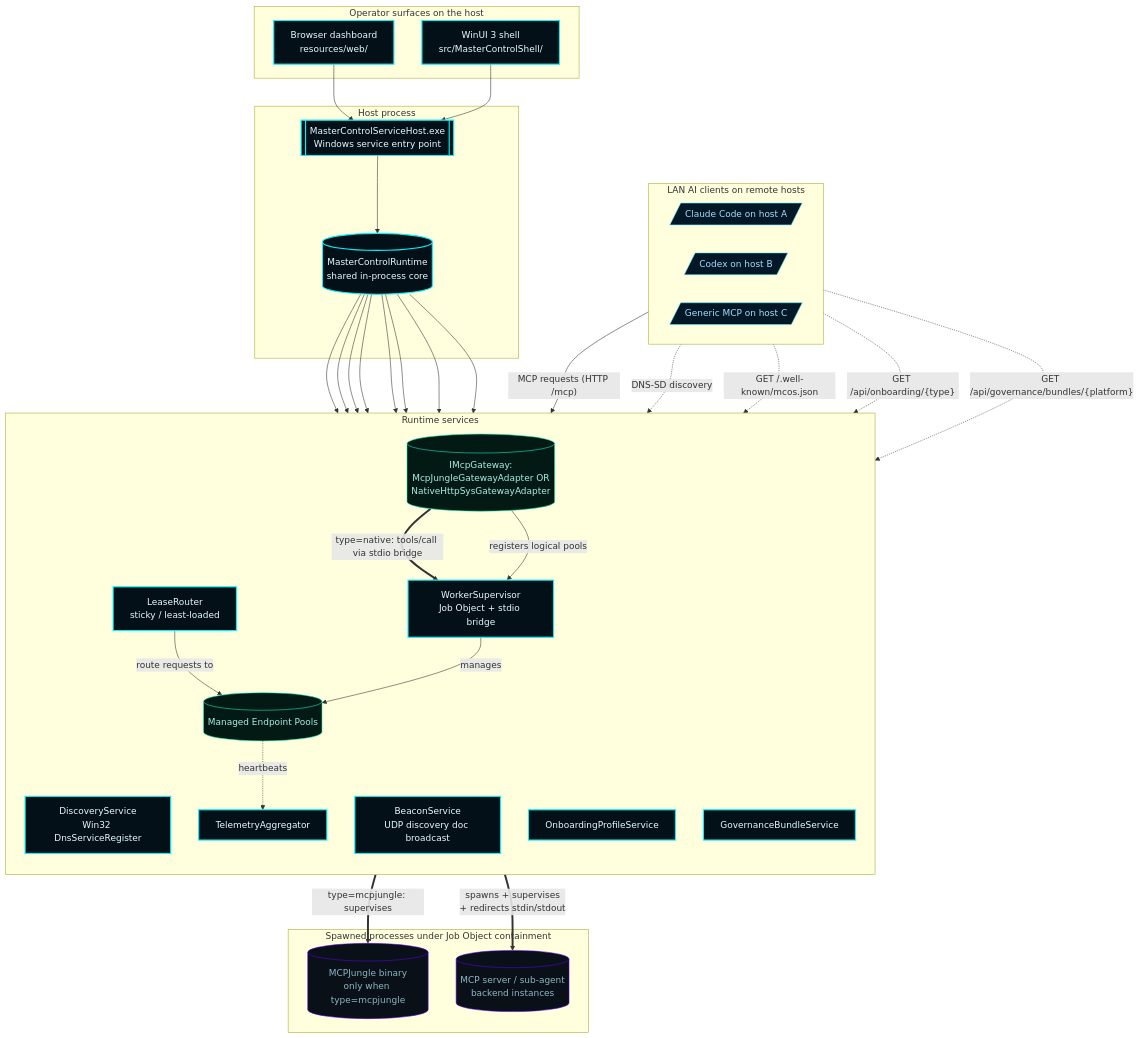
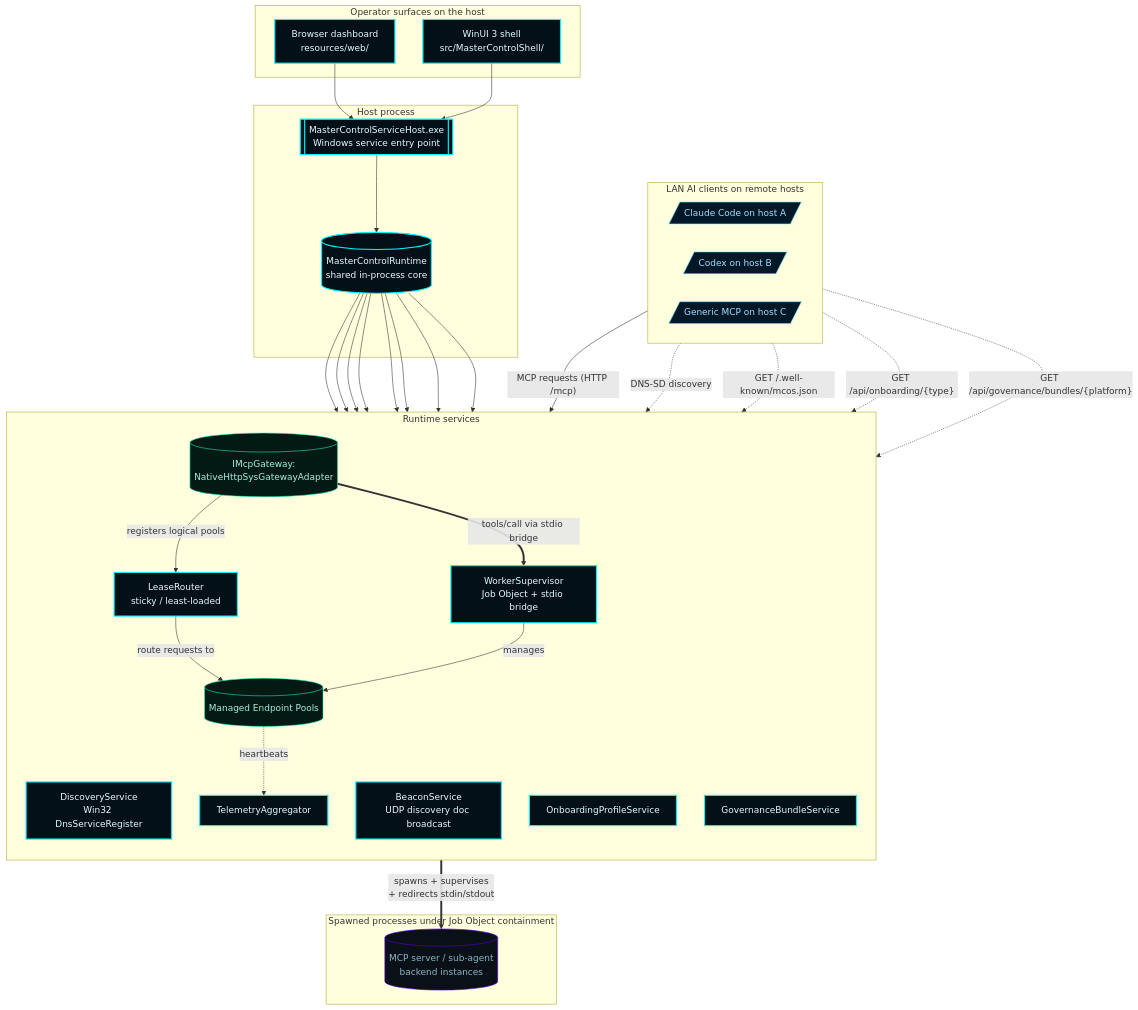
One commit to flynn33/Master-Control-Orchestration-Server changed the second of 8 diagrams in docs/wiki/Architecture.md. Above: the diagram before and after it, drawn with Mermaid. The commit also changed other lines of this file and 19 other files, not shown here.

````diff
--- a/docs/wiki/Architecture.md
+++ b/docs/wiki/Architecture.md
@@ -50,66 +54,64 @@
 ```mermaid
 flowchart TB
     classDef accent fill:#031018,stroke:#00F6FF,color:#E6FCFF,stroke-width:2px;
     classDef sub fill:#0a1018,stroke:#5A00E8,color:#8CB7C4;
     classDef client fill:#031827,stroke:#5AE8FF,color:#A8DCFF;
     classDef good fill:#031a14,stroke:#1cf2c1,color:#a8efe0;
 
     subgraph LANClients[LAN AI clients on remote hosts]
         ClaudeCode[/Claude Code on host A/]:::client
         Codex[/Codex on host B/]:::client
         Other[/Generic MCP on host C/]:::client
     end
 
     subgraph Surfaces[Operator surfaces on the host]
         Browser[Browser dashboard<br/>resources/web/]:::accent
         Shell[WinUI 3 shell<br/>src/MasterControlShell/]:::accent
     end
 
     subgraph Host[Host process]
         Service[[MasterControlServiceHost.exe<br/>Windows service entry point]]:::accent
         Runtime[(MasterControlRuntime<br/>shared in-process core)]:::accent
     end
 
     subgraph Services[Runtime services]
         direction TB
         Disc[DiscoveryService<br/>Win32 DnsServiceRegister]:::accent
         Beacon[BeaconService<br/>UDP discovery doc broadcast]:::accent
         Onboard[OnboardingProfileService]:::accent
         Gov[GovernanceBundleService]:::accent
         Sup[WorkerSupervisor<br/>Job Object + stdio bridge]:::accent
         Lease[LeaseRouter<br/>sticky / least-loaded]:::accent
         Tel[TelemetryAggregator]:::accent
-        Adapter[(IMcpGateway:<br/>McpJungleGatewayAdapter OR<br/>NativeHttpSysGatewayAdapter)]:::good
+        Adapter[(IMcpGateway:<br/>NativeHttpSysGatewayAdapter)]:::good
         Pools[(Managed Endpoint Pools)]:::good
     end
 
     subgraph External[Spawned processes under Job Object containment]
-        Jungle[(MCPJungle binary<br/>only when type=mcpjungle)]:::sub
         Workers[(MCP server / sub-agent<br/>backend instances)]:::sub
     end
 
     LANClients -->|"MCP requests (HTTP /mcp)"| Adapter
     LANClients -.->|"DNS-SD discovery"| Disc
     LANClients -.->|"GET /.well-known/mcos.json"| Disc
     LANClients -.->|"GET /api/onboarding/{type}"| Onboard
     LANClients -.->|"GET /api/governance/bundles/{platform}"| Gov
 
     Browser --> Service
     Shell --> Service
     Service --> Runtime
     Runtime --> Disc
     Runtime --> Beacon
     Runtime --> Onboard
     Runtime --> Gov
     Runtime --> Sup
     Runtime --> Lease
     Runtime --> Tel
     Runtime --> Adapter
-    Adapter ==>|"type=mcpjungle: supervises"| Jungle
-    Adapter ==>|"type=native: tools/call via stdio bridge"| Sup
+    Adapter ==>|"tools/call via stdio bridge"| Sup
     Sup ==>|"spawns + supervises<br/>+ redirects stdin/stdout"| Workers
-    Adapter -->|"registers logical pools"| Sup
+    Adapter -->|"registers logical pools"| Lease
     Lease -->|"route requests to"| Pools
     Sup -->|"manages"| Pools
     Pools -.->|"heartbeats"| Tel
 ```
````
